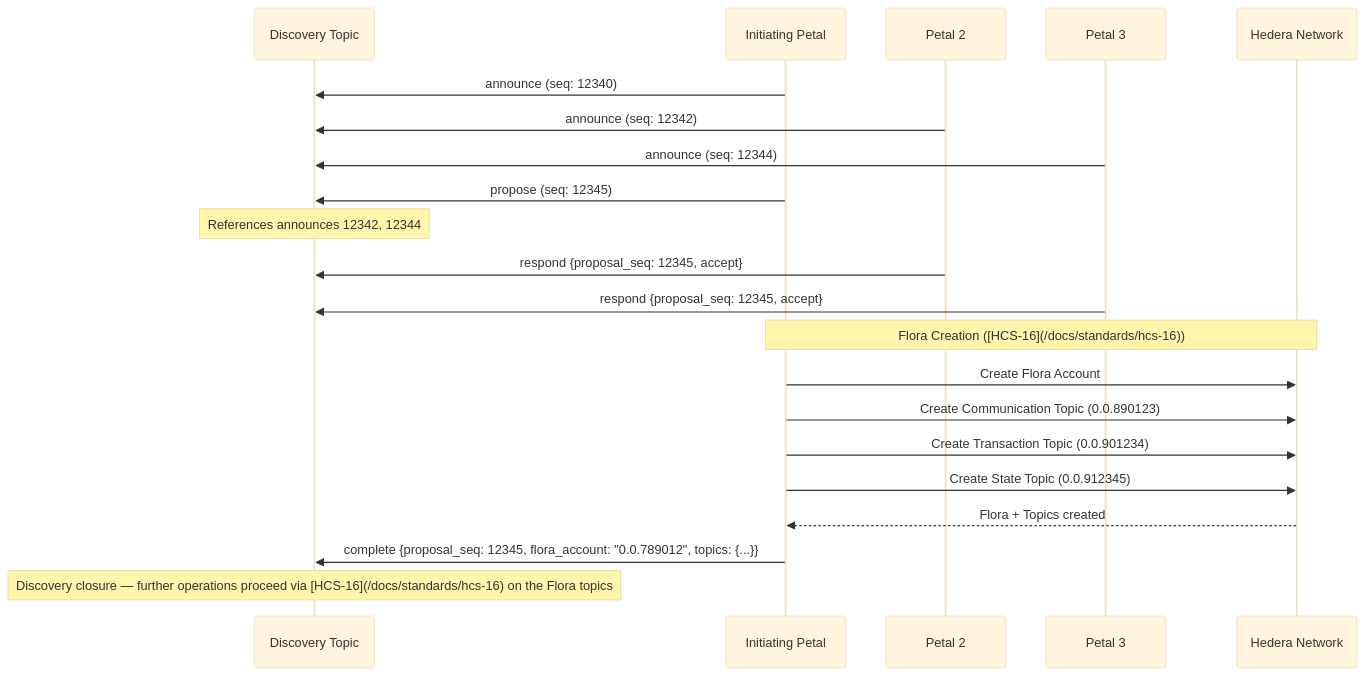
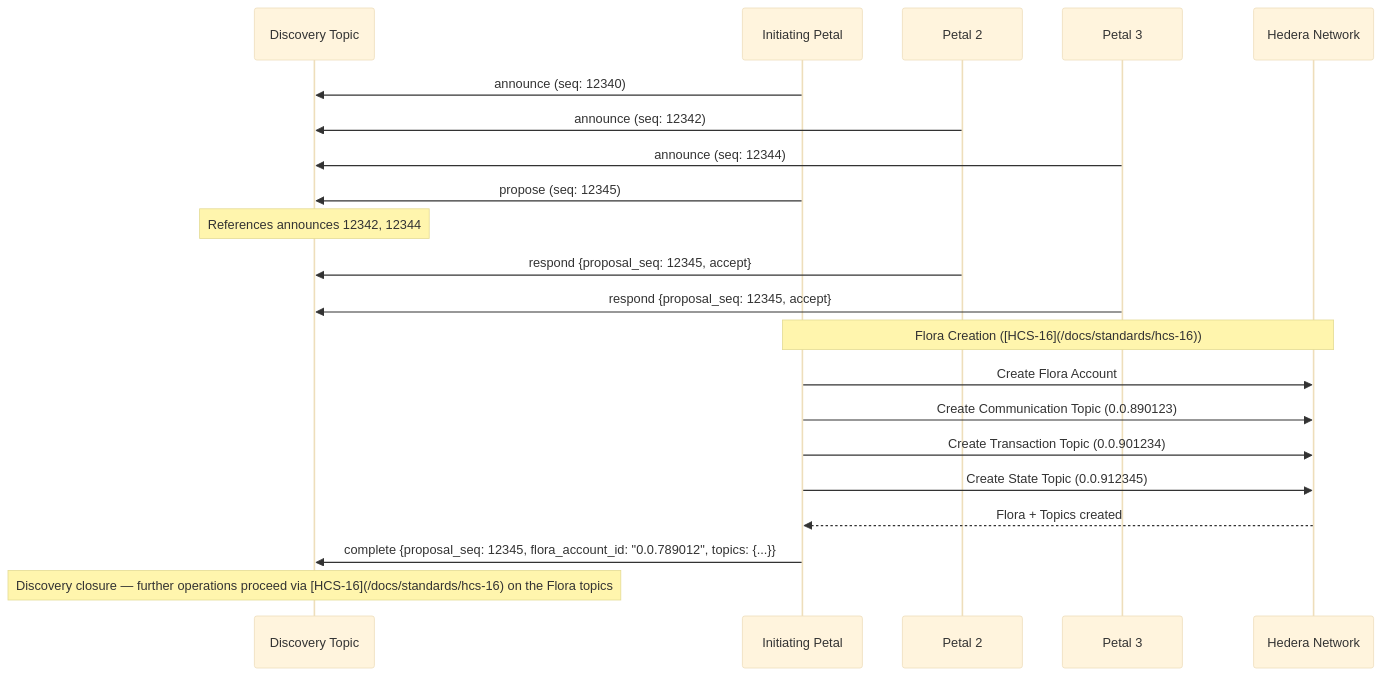
The second of 4 diagrams in docs/standards/hcs-18.md (hashgraph-online/hcs-improvement-proposals), drawn with Mermaid (base theme) before and after one commit. The commit also changed other lines of this file, not shown here.

````diff
--- a/docs/standards/hcs-18.md
+++ b/docs/standards/hcs-18.md
@@ -374,28 +375,28 @@
 ```mermaid
 sequenceDiagram
     participant DT as Discovery Topic
     participant P1 as Initiating Petal
     participant P2 as Petal 2
     participant P3 as Petal 3
     participant HN as Hedera Network
 
     P1->>DT: announce (seq: 12340)
     P2->>DT: announce (seq: 12342)
     P3->>DT: announce (seq: 12344)
 
     P1->>DT: propose (seq: 12345)
     Note over DT: References announces 12342, 12344
 
     P2->>DT: respond {proposal_seq: 12345, accept}
     P3->>DT: respond {proposal_seq: 12345, accept}
 
     Note over P1,HN: Flora Creation ([HCS‑16](/docs/standards/hcs-16))
     P1->>HN: Create Flora Account
     P1->>HN: Create Communication Topic (0.0.890123)
     P1->>HN: Create Transaction Topic (0.0.901234)
     P1->>HN: Create State Topic (0.0.912345)
     HN-->>P1: Flora + Topics created
 
-    P1->>DT: complete {proposal_seq: 12345, flora_account: "0.0.789012", topics: {...}}
+    P1->>DT: complete {proposal_seq: 12345, flora_account_id: "0.0.789012", topics: {...}}
     Note over DT: Discovery closure — further operations proceed via [HCS‑16](/docs/standards/hcs-16) on the Flora topics
 ```
````
